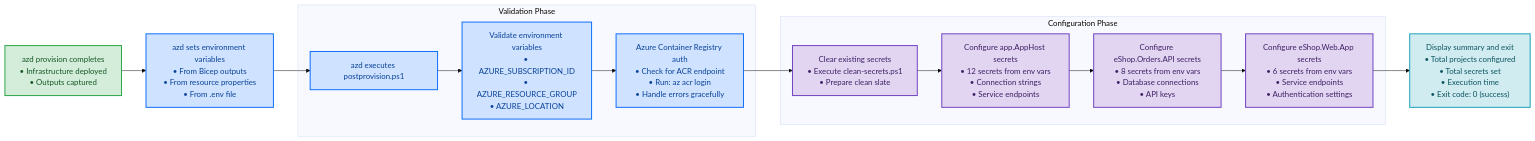
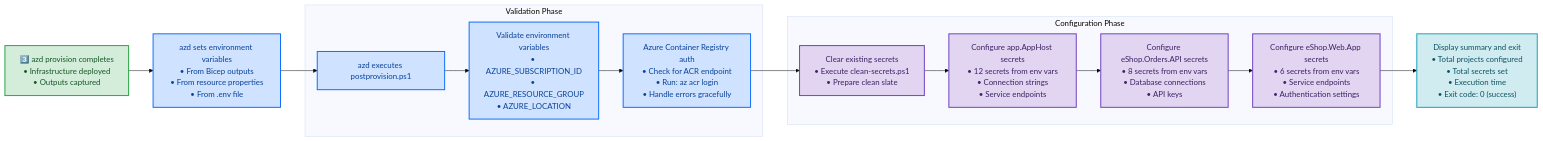
Before and after one commit to Evilazaro/Azure-LogicApps-Monitoring: the diagram in hooks/postprovision.md, drawn with Mermaid (base theme). The commit also changed other lines of this file and 8 other files, not shown here.

````diff
--- a/hooks/postprovision.md
+++ b/hooks/postprovision.md
@@ -307,31 +312,31 @@
 ```mermaid
 flowchart LR
-    Start["azd provision completes<br/>• Infrastructure deployed<br/>• Outputs captured"]
+    Start["3️⃣ azd provision completes<br/>• Infrastructure deployed<br/>• Outputs captured"]
     Start --> SetEnv["azd sets environment variables<br/>• From Bicep outputs<br/>• From resource properties<br/>• From .env file"]
     SetEnv --> Execute["azd executes postprovision.ps1"]
     
     subgraph ValidationPhase["Validation Phase"]
         Execute --> Validate["Validate environment variables<br/>• AZURE_SUBSCRIPTION_ID<br/>• AZURE_RESOURCE_GROUP<br/>• AZURE_LOCATION"]
         Validate --> ACRAuth["Azure Container Registry auth<br/>• Check for ACR endpoint<br/>• Run: az acr login<br/>• Handle errors gracefully"]
     end
     
     ACRAuth --> ClearSecrets["Clear existing secrets<br/>• Execute clean-secrets.ps1<br/>• Prepare clean slate"]
     
     subgraph ConfigurationPhase["Configuration Phase"]
         ClearSecrets --> ConfigAppHost["Configure app.AppHost secrets<br/>• 12 secrets from env vars<br/>• Connection strings<br/>• Service endpoints"]
         ConfigAppHost --> ConfigOrdersAPI["Configure eShop.Orders.API secrets<br/>• 8 secrets from env vars<br/>• Database connections<br/>• API keys"]
         ConfigOrdersAPI --> ConfigWebApp["Configure eShop.Web.App secrets<br/>• 6 secrets from env vars<br/>• Service endpoints<br/>• Authentication settings"]
     end
     
     ConfigWebApp --> Summary["Display summary and exit<br/>• Total projects configured<br/>• Total secrets set<br/>• Execution time<br/>• Exit code: 0 (success)"]
     
     classDef startClass fill:#d4edda,stroke:#28a745,stroke-width:2px,color:#155724
     classDef validateClass fill:#cfe2ff,stroke:#0d6efd,stroke-width:2px,color:#084298
     classDef configClass fill:#e2d5f1,stroke:#6f42c1,stroke-width:2px,color:#3d2065
     classDef summaryClass fill:#d1ecf1,stroke:#17a2b8,stroke-width:2px,color:#0c5460
     
     class Start startClass
     class SetEnv,Execute,Validate,ACRAuth validateClass
     class ClearSecrets,ConfigAppHost,ConfigOrdersAPI,ConfigWebApp configClass
     class Summary summaryClass
 ```
````
